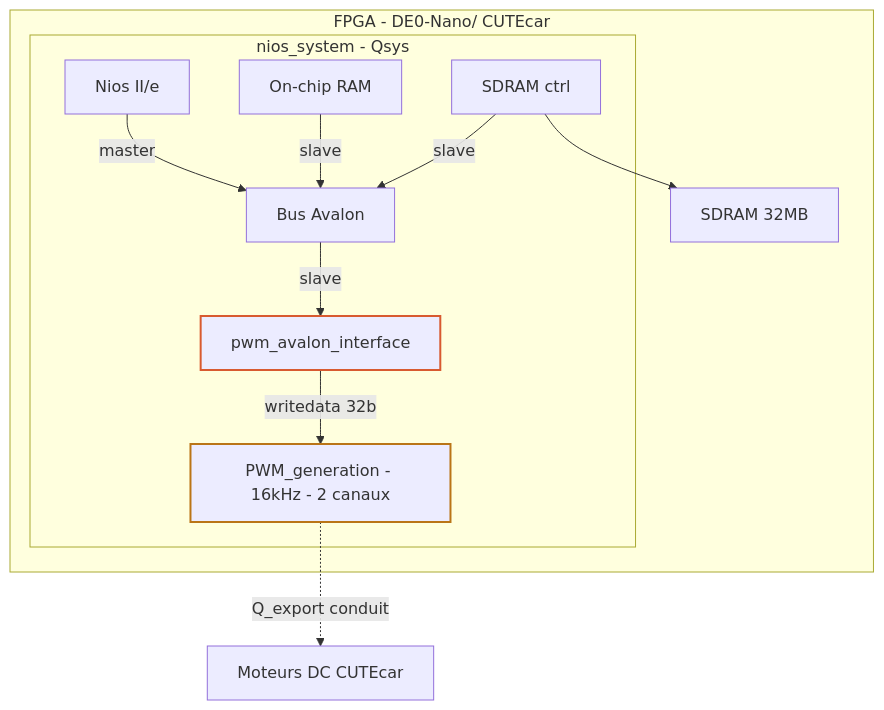
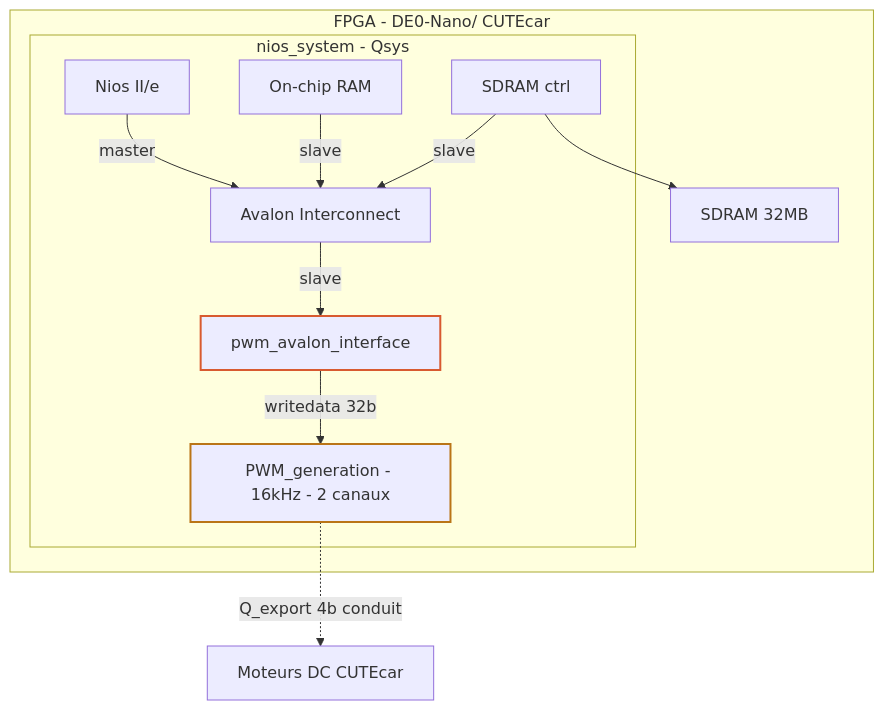
The diagram in README.md (caronnek/SoC), drawn with Mermaid before and after one commit.

Commit message:
Rename 'Bus Avalon' to 'Avalon Interconnect'

````diff
--- a/README.md
+++ b/README.md
@@ -13,26 +13,26 @@
 ```mermaid
 graph TD
     subgraph FPGA["FPGA - DE0-Nano/ CUTEcar"]
         subgraph QSYS["nios_system - Qsys"]
             n1["Nios II/e"]
             n2["On-chip RAM"]
             n3["SDRAM ctrl"]
-            n4["Bus Avalon"]
+            n4["Avalon Interconnect"]
             n5["pwm_avalon_interface"]
             n6["PWM_generation - 16kHz - 2 canaux"]
         end
         n7["SDRAM 32MB"]
     end
     n8["Moteurs DC CUTEcar"]
 
     n1-->|master|n4
     n2-->|slave|n4
     n3-->|slave|n4
     n3-->n7
     n4-->|slave|n5
     n5-->|writedata 32b|n6
-    n6-.->|Q_export conduit|n8
+    n6-.->|Q_export 4b conduit|n8
 
     style n5 stroke:#D85A30,stroke-width:2px
     style n6 stroke:#BA7517,stroke-width:2px
 ```
````
